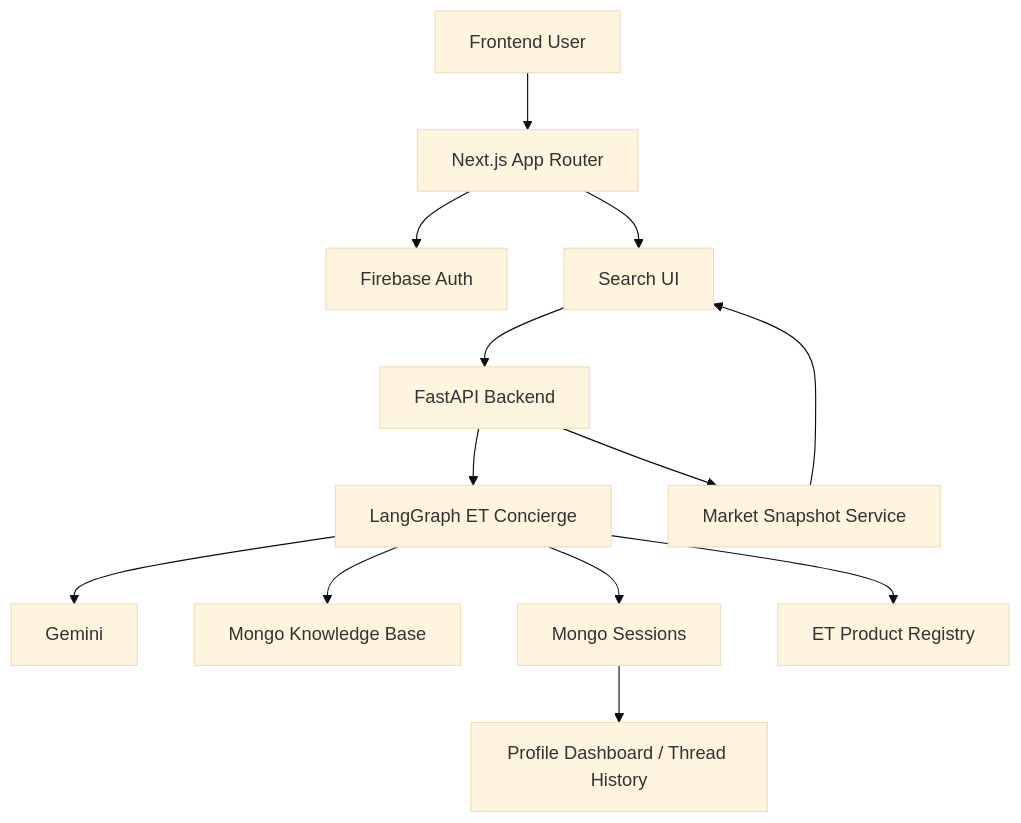
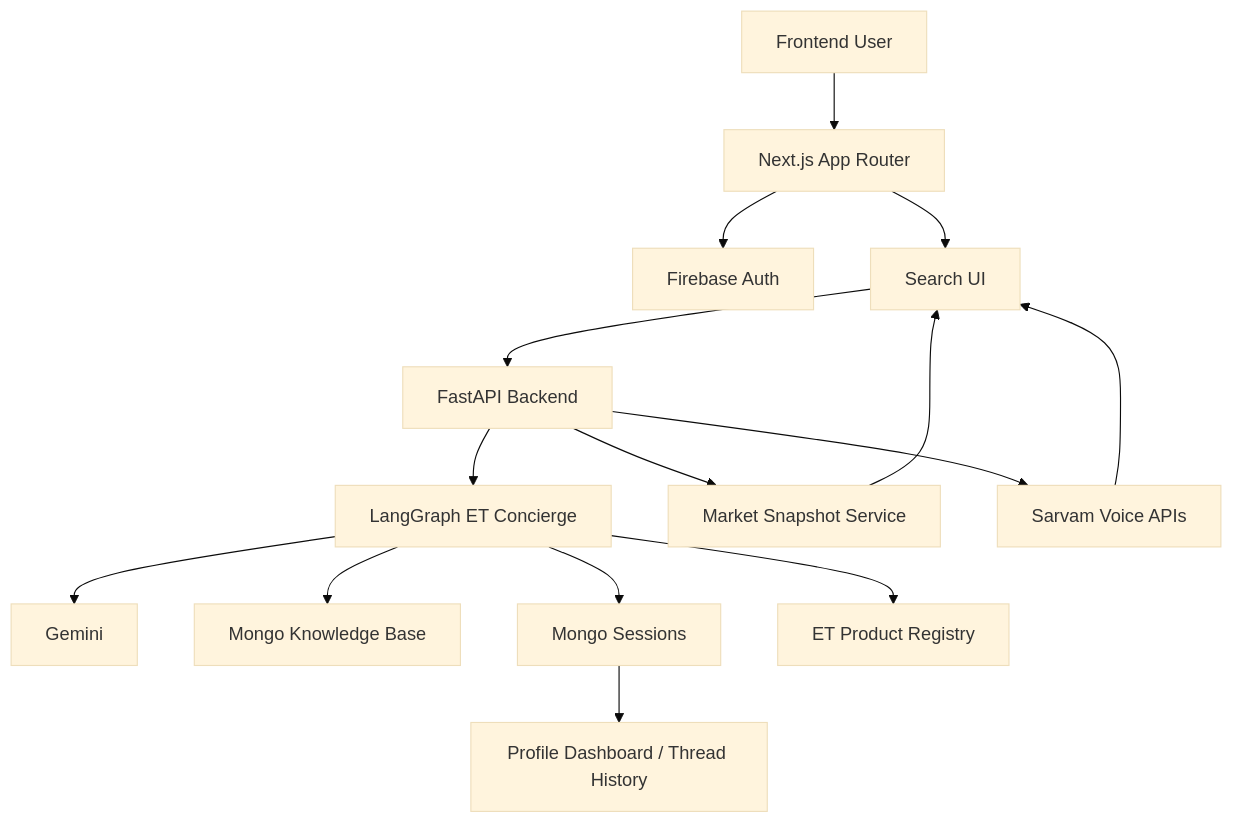
The second of 3 diagrams in README.md (Aryan-coder06/ET-Concierge), drawn with Mermaid (base theme) before and after one commit. The commit also changed other lines of this file and 11 other files, not shown here.

````diff
--- a/README.md
+++ b/README.md
@@ -355,15 +358,17 @@
 ```mermaid
 flowchart TD
     A[Frontend User] --> B[Next.js App Router]
     B --> C[Firebase Auth]
     B --> D[Search UI]
     D --> E[FastAPI Backend]
     E --> F[LangGraph ET Concierge]
     F --> G[Gemini]
     F --> H[Mongo Knowledge Base]
     F --> I[Mongo Sessions]
     F --> J[ET Product Registry]
     E --> K[Market Snapshot Service]
+    E --> L[Sarvam Voice APIs]
     K --> D
-    I --> L[Profile Dashboard / Thread History]
+    L --> D
+    I --> M[Profile Dashboard / Thread History]
 ```
````
